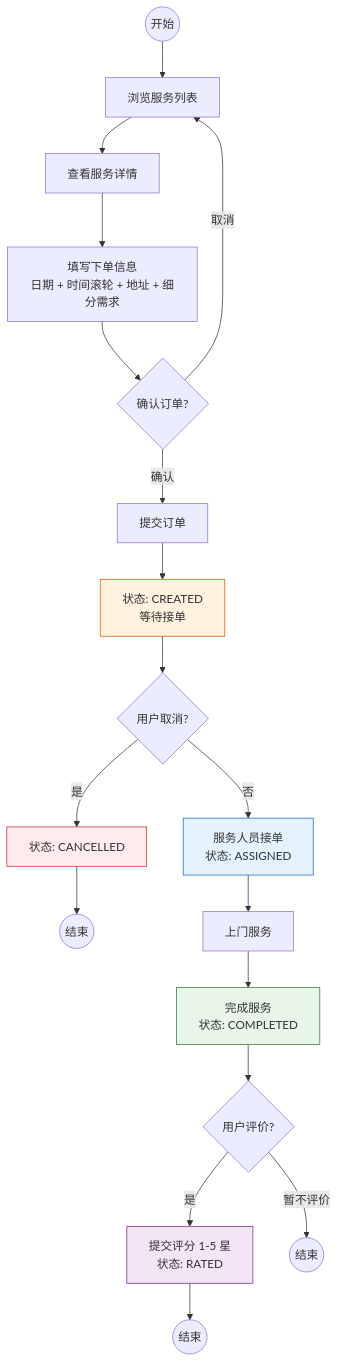
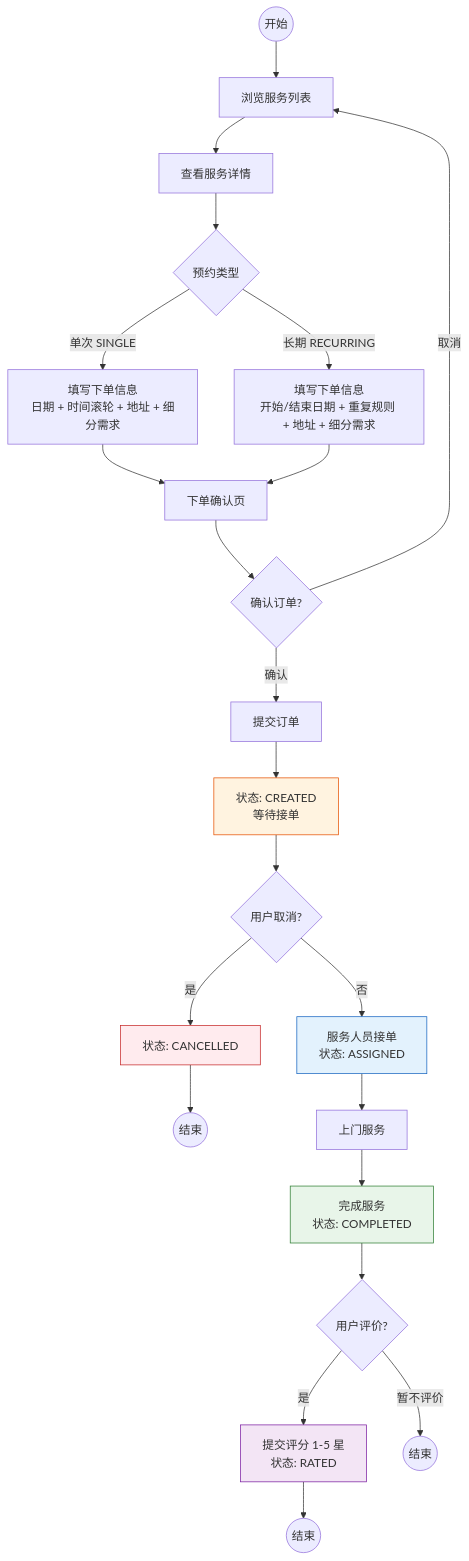
Before and after one commit to SeptThirteen/WeChat-Mini-Program: the first of 3 diagrams in md/diagrams/04-业务流程图.md, drawn with Mermaid. The commit also changed other lines of this file and 151 other files, not shown here.

````diff
--- a/md/diagrams/04-业务流程图.md
+++ b/md/diagrams/04-业务流程图.md
@@ -5,26 +5,31 @@
 ```mermaid
 flowchart TD
     START((开始)) --> BROWSE[浏览服务列表]
     BROWSE --> VIEW[查看服务详情]
-    VIEW --> CREATE[填写下单信息<br/>日期 + 时间滚轮 + 地址 + 细分需求]
+    VIEW --> TYPE{预约类型}
+    TYPE -->|单次 SINGLE| CREATE_SINGLE[填写下单信息<br/>日期 + 时间滚轮 + 地址 + 细分需求]
+    TYPE -->|长期 RECURRING| CREATE_RECUR[填写下单信息<br/>开始/结束日期 + 重复规则 + 地址 + 细分需求]
+    CREATE_SINGLE --> CREATE
+    CREATE_RECUR --> CREATE
+    CREATE[下单确认页]
     CREATE --> CONFIRM{确认订单?}
     CONFIRM -->|取消| BROWSE
     CONFIRM -->|确认| SUBMIT[提交订单]
     SUBMIT --> CREATED[状态: CREATED<br/>等待接单]
     CREATED --> CANCEL_CHK{用户取消?}
     CANCEL_CHK -->|是| CANCELLED[状态: CANCELLED]
     CANCELLED --> END1((结束))
     CANCEL_CHK -->|否| ASSIGNED[服务人员接单<br/>状态: ASSIGNED]
     ASSIGNED --> SERVICE[上门服务]
     SERVICE --> COMPLETED[完成服务<br/>状态: COMPLETED]
     COMPLETED --> RATE_CHK{用户评价?}
     RATE_CHK -->|是| RATED[提交评分 1-5 星<br/>状态: RATED]
     RATE_CHK -->|暂不评价| END2((结束))
     RATED --> END3((结束))
 
     style CREATED fill:#fff3e0,stroke:#e65100
     style ASSIGNED fill:#e3f2fd,stroke:#1565c0
     style COMPLETED fill:#e8f5e9,stroke:#2e7d32
     style RATED fill:#f3e5f5,stroke:#7b1fa2
     style CANCELLED fill:#ffebee,stroke:#c62828
 ```
````
